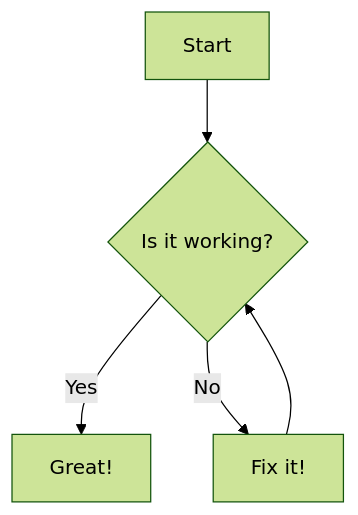
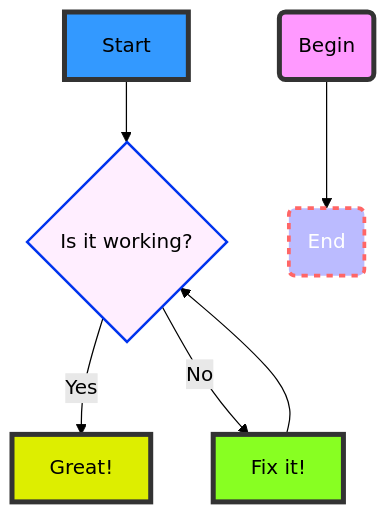
Before and after one commit to deftio/graphical_md_viewer: the diagram in sample-content.md, drawn with Mermaid (forest theme). The commit also changed 1 other file, not shown here.

Commit message:
updated mermaid example with color

````diff
--- a/sample-content.md
+++ b/sample-content.md
@@ -10,7 +10,17 @@
 ```mermaid
 graph TD;
-    A[Start] --> B{Is it working?};
-    B -- Yes --> C[Great!];
-    B -- No --> D[Fix it!];
-    D --> B;
+A[Start] --> B{Is it working?};
+B -- Yes --> C[Great!];
+B -- No --> D[Fix it!];
+D --> B;
+style A fill:#39f,stroke:#333,stroke-width:4px;
+style B fill:#fef,stroke:#03e,stroke-width:2px;
+style C fill:#de0f,stroke:#333,stroke-width:4px;
+style D fill:#8f2,stroke:#333,stroke-width:4px;
+
+
+
+id1(Begin)-->id2(End)
+style id1 fill:#f9f,stroke:#333,stroke-width:4px
+style id2 fill:#bbf,stroke:#f66,stroke-width:3px,color:#fff,stroke-dasharray: 5;
 ```
````
